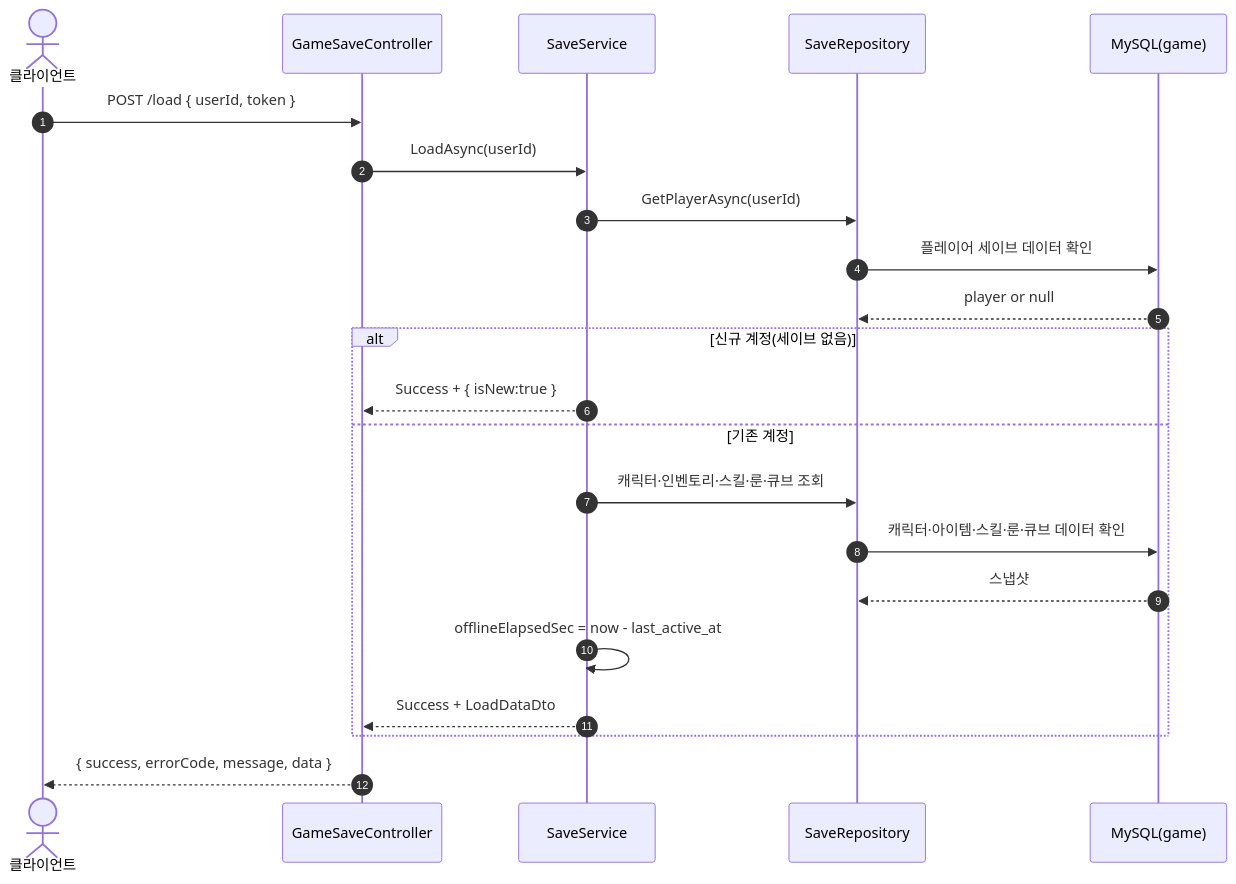
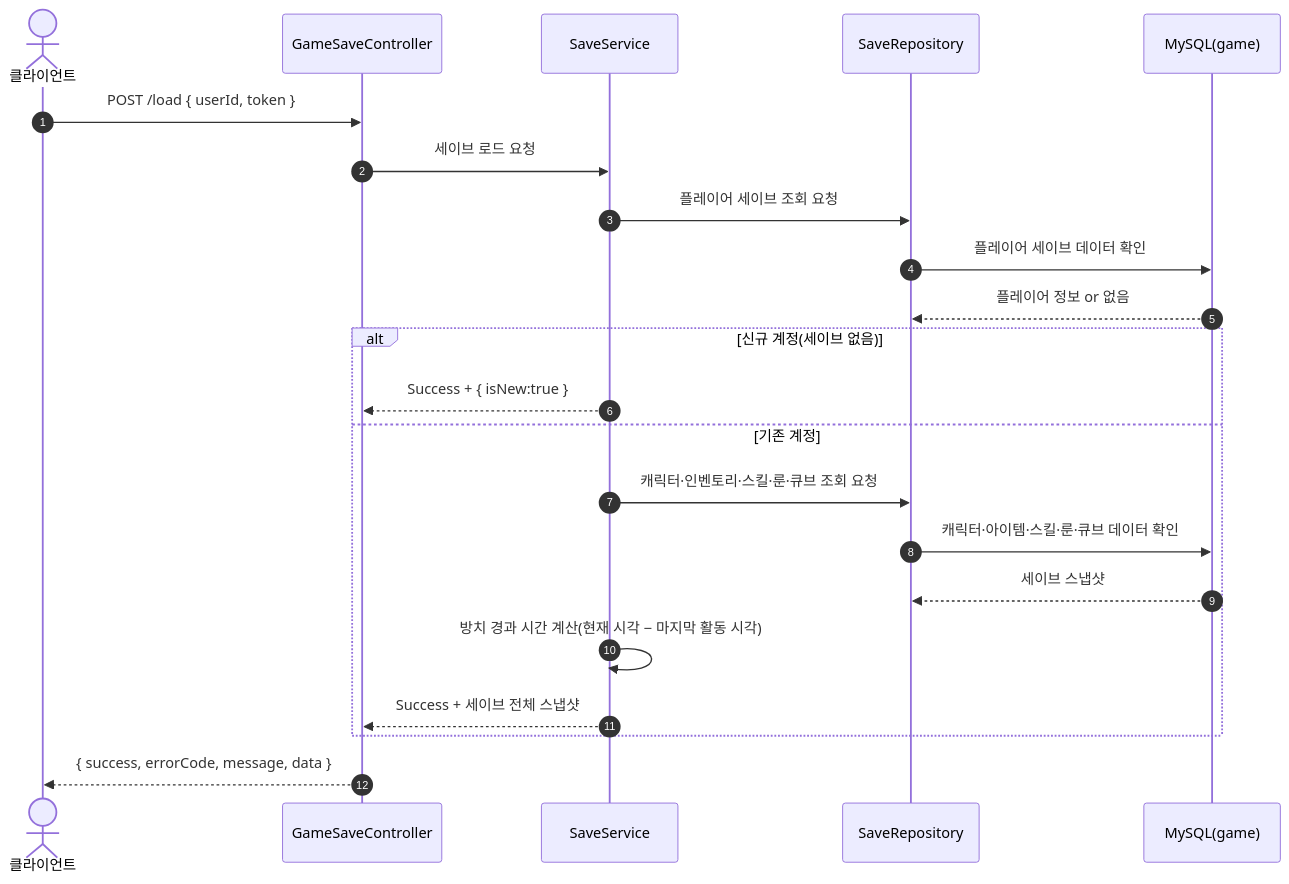
One commit to ks-wook/com2us-taskbar-hero changed the first of 3 diagrams in SequenceDiagram/GameSaveController.md. Above: the diagram before and after it, drawn with Mermaid. The commit also changed other lines of this file and 7 other files, not shown here.

Commit message:
시퀀스 다이어그램 수정

````diff
--- a/SequenceDiagram/GameSaveController.md
+++ b/SequenceDiagram/GameSaveController.md
@@ -9,25 +9,25 @@
 ```mermaid
 sequenceDiagram
     autonumber
     actor C as 클라이언트
     participant Ctrl as GameSaveController
     participant Svc as SaveService
     participant Repo as SaveRepository
     participant DB as MySQL(game)
 
     C->>Ctrl: POST /load { userId, token }
-    Ctrl->>Svc: LoadAsync(userId)
-    Svc->>Repo: GetPlayerAsync(userId)
+    Ctrl->>Svc: 세이브 로드 요청
+    Svc->>Repo: 플레이어 세이브 조회 요청
     Repo->>DB: 플레이어 세이브 데이터 확인
-    DB-->>Repo: player or null
+    DB-->>Repo: 플레이어 정보 or 없음
     alt 신규 계정(세이브 없음)
         Svc-->>Ctrl: Success + { isNew:true }
     else 기존 계정
-        Svc->>Repo: 캐릭터·인벤토리·스킬·룬·큐브 조회
+        Svc->>Repo: 캐릭터·인벤토리·스킬·룬·큐브 조회 요청
         Repo->>DB: 캐릭터·아이템·스킬·룬·큐브 데이터 확인
-        DB-->>Repo: 스냅샷
-        Svc->>Svc: offlineElapsedSec = now - last_active_at
-        Svc-->>Ctrl: Success + LoadDataDto
+        DB-->>Repo: 세이브 스냅샷
+        Svc->>Svc: 방치 경과 시간 계산(현재 시각 − 마지막 활동 시각)
+        Svc-->>Ctrl: Success + 세이브 전체 스냅샷
     end
     Ctrl-->>C: { success, errorCode, message, data }
 ```
````
